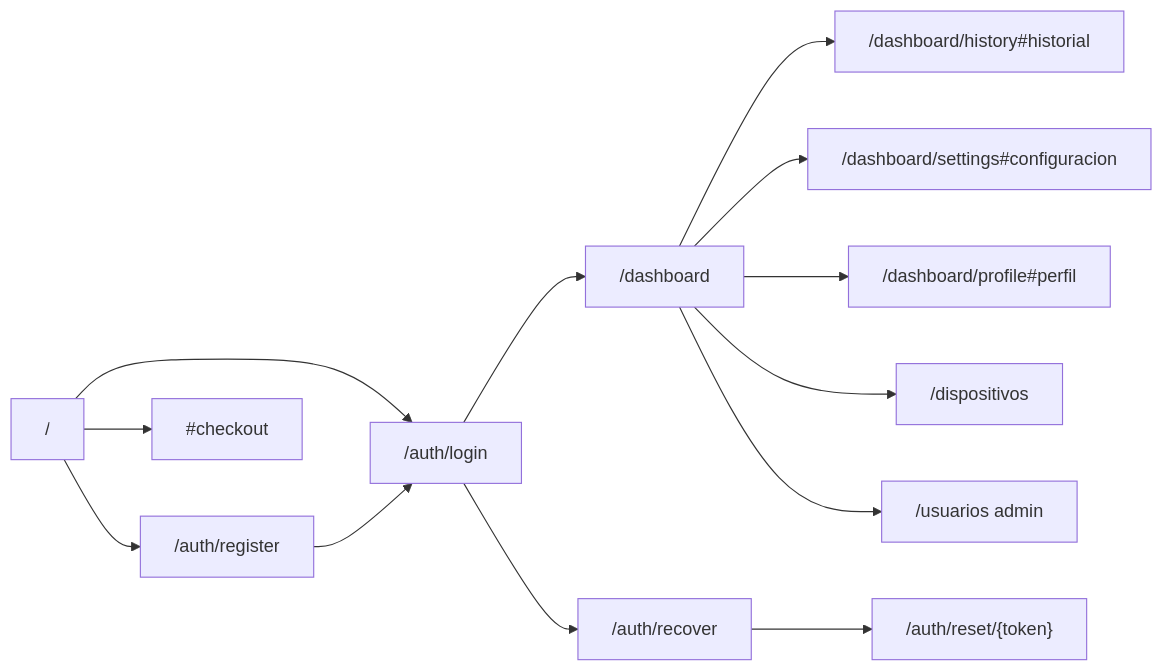
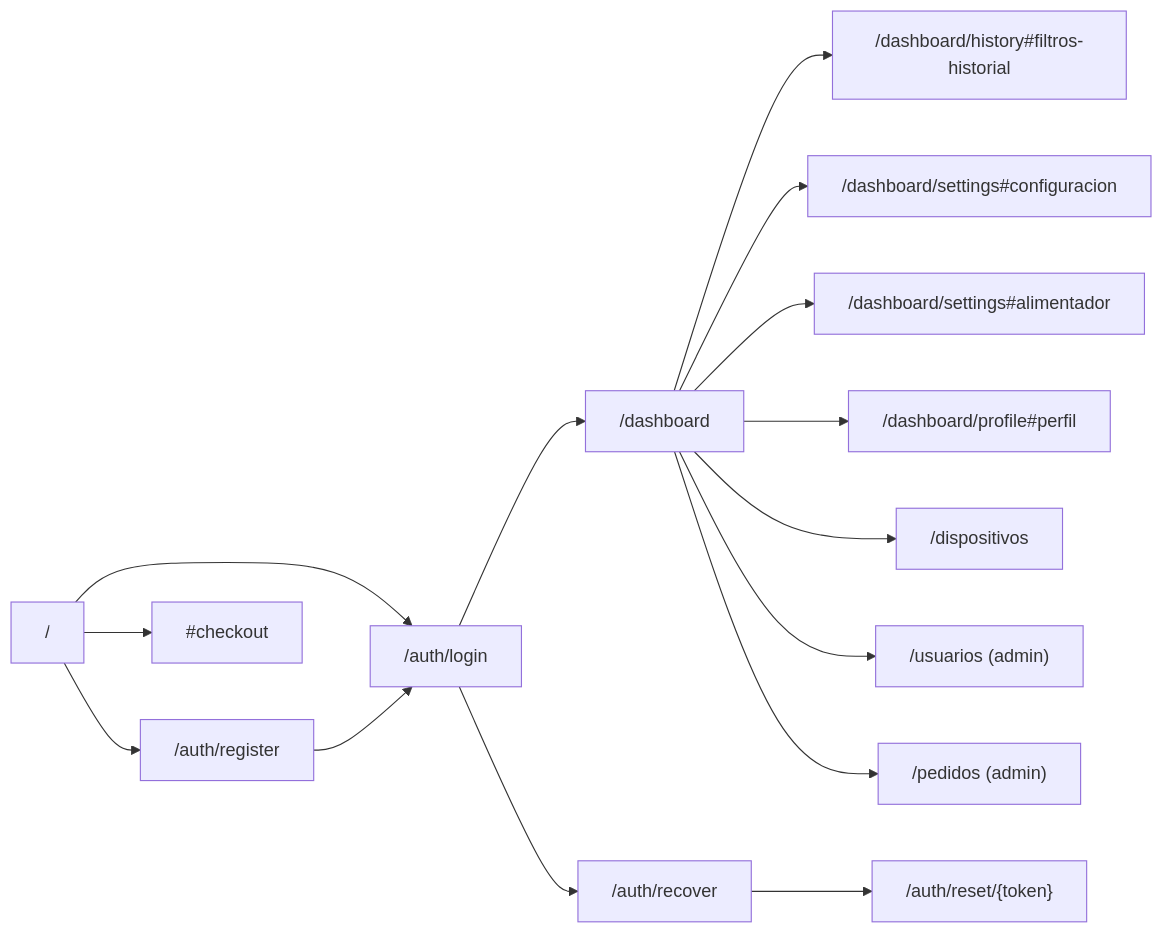
The second of 6 diagrams in FRONTEND_DOCUMENTACION.md (TuVieja22/AquaControl), drawn with Mermaid before and after one commit. The commit also changed other lines of this file and 10 other files, not shown here.

````diff
--- a/FRONTEND_DOCUMENTACION.md
+++ b/FRONTEND_DOCUMENTACION.md
@@ -417,15 +392,17 @@
 ```mermaid
 flowchart LR
     Inicio["/"] --> Login["/auth/login"]
     Inicio --> Registro["/auth/register"]
     Inicio --> Checkout["#checkout"]
     Login --> Dashboard["/dashboard"]
     Registro --> Login
     Login --> Recuperar["/auth/recover"]
     Recuperar --> Reset["/auth/reset/{token}"]
-    Dashboard --> Historial["/dashboard/history#historial"]
+    Dashboard --> Historial["/dashboard/history#filtros-historial"]
     Dashboard --> Config["/dashboard/settings#configuracion"]
+    Dashboard --> Alimentador["/dashboard/settings#alimentador"]
     Dashboard --> Perfil["/dashboard/profile#perfil"]
     Dashboard --> Dispositivos["/dispositivos"]
-    Dashboard --> Usuarios["/usuarios admin"]
+    Dashboard --> Usuarios["/usuarios (admin)"]
+    Dashboard --> Pedidos["/pedidos (admin)"]
 ```
````
